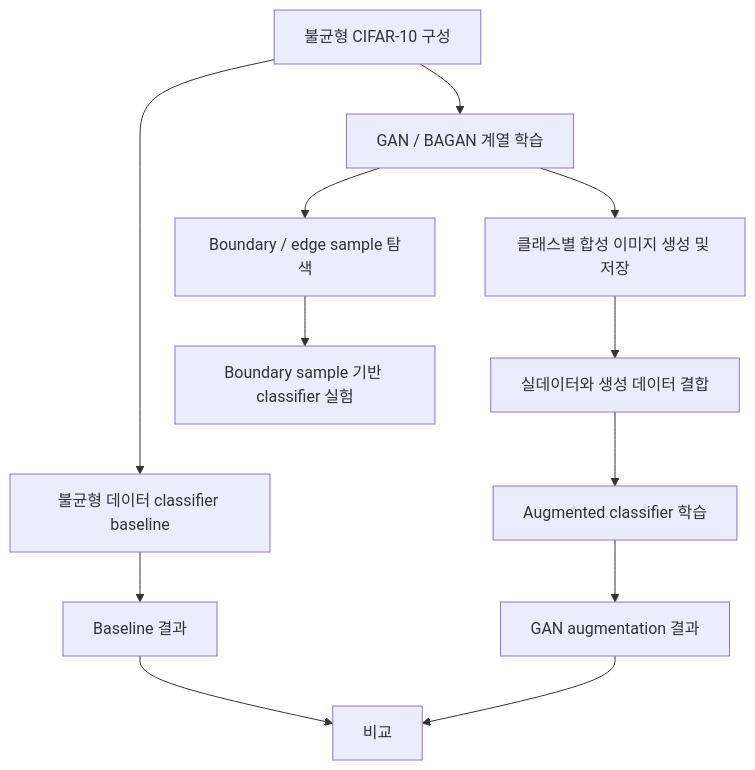
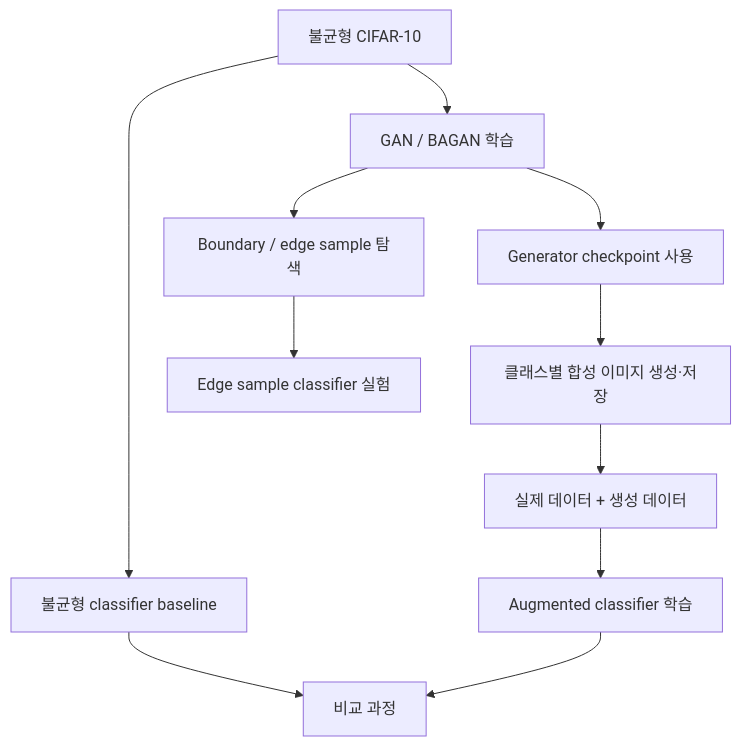
Before and after one commit to DDohyeon2941/gan-for-imbalanced-image-data: the first of 2 diagrams in experiments/2023_model_exploration/README.md, drawn with Mermaid. The commit also changed other lines of this file and 7 other files, not shown here.

````diff
--- a/experiments/2023_model_exploration/README.md
+++ b/experiments/2023_model_exploration/README.md
@@ -28,14 +18,13 @@
 ```mermaid
 flowchart TD
-    A[불균형 CIFAR-10 구성] --> B[GAN / BAGAN 계열 학습]
-    B --> C[클래스별 합성 이미지 생성 및 저장]
-    A --> D[불균형 데이터 classifier baseline]
-    C --> E[실데이터와 생성 데이터 결합]
-    E --> F[Augmented classifier 학습]
-    D --> G[Baseline 결과]
-    F --> H[GAN augmentation 결과]
-    G --> I[비교]
-    H --> I
-    B --> J[Boundary / edge sample 탐색]
-    J --> K[Boundary sample 기반 classifier 실험]
+    A[불균형 CIFAR-10] --> B[GAN / BAGAN 학습]
+    B --> C[Generator checkpoint 사용]
+    C --> D[클래스별 합성 이미지 생성·저장]
+    A --> E[불균형 classifier baseline]
+    D --> F[실제 데이터 + 생성 데이터]
+    F --> G[Augmented classifier 학습]
+    E --> H[비교 과정]
+    G --> H
+    B --> I[Boundary / edge sample 탐색]
+    I --> J[Edge sample classifier 실험]
 ```
````
